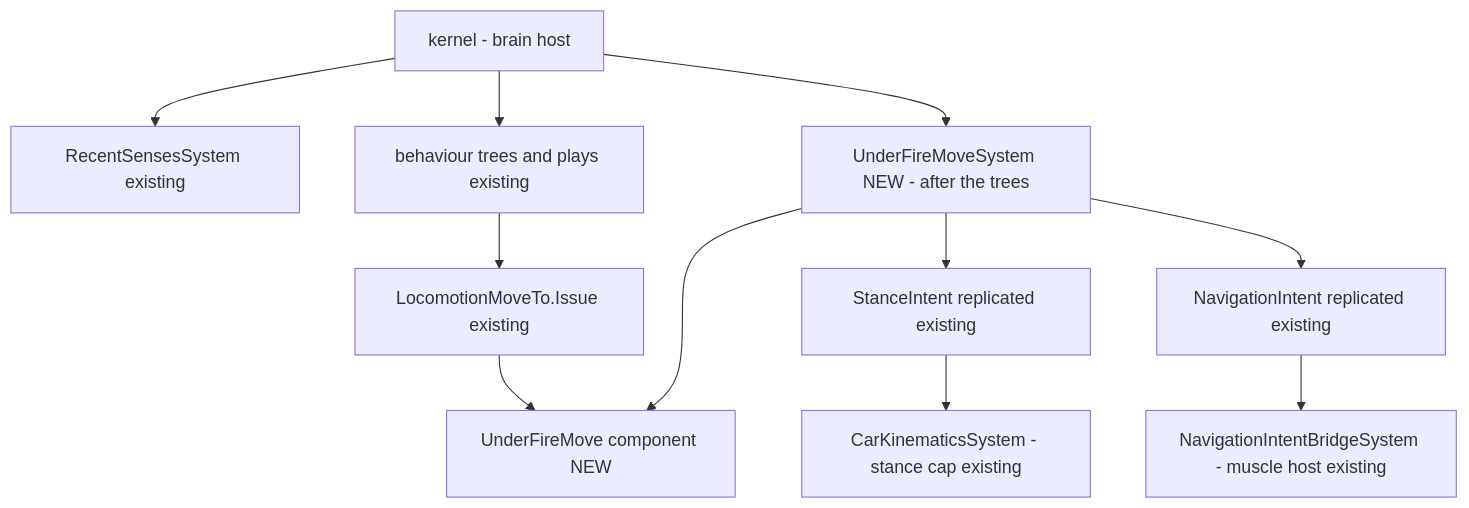
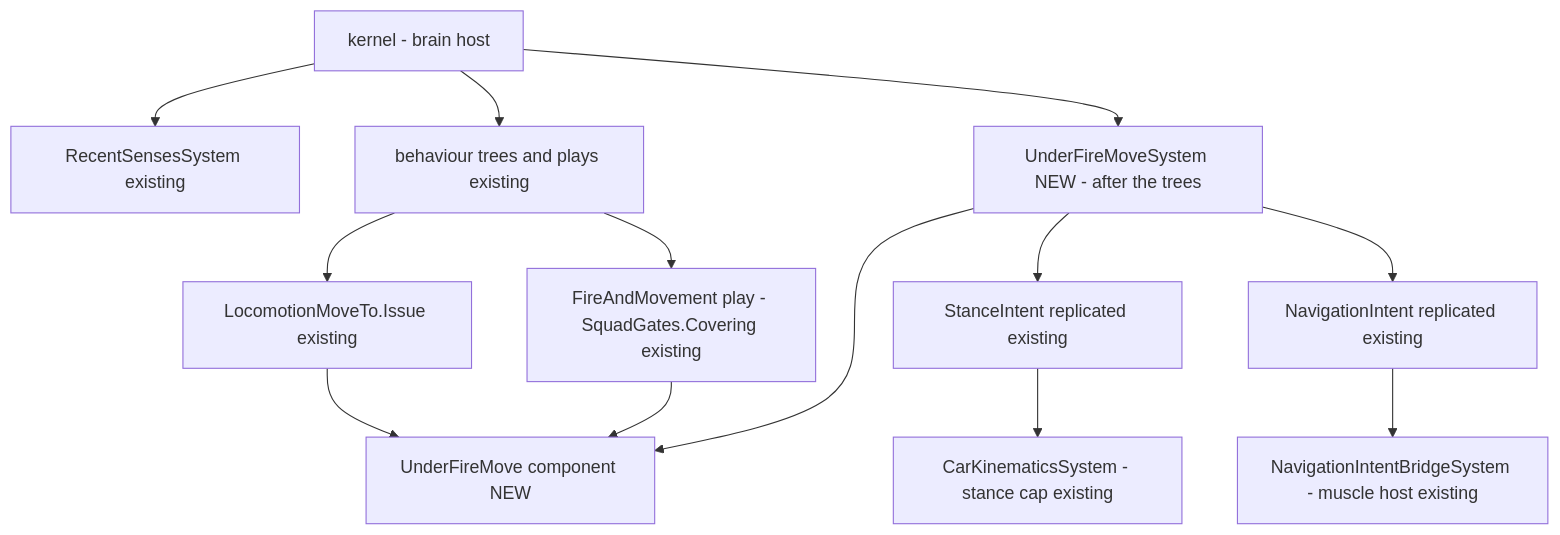
Before and after one commit to pjanec/HROT: the third of 3 diagrams in docs/blueprints/Architect_Question_96_Movement_Under_Fire.md, drawn with Mermaid. The commit also changed other lines of this file and 1 other file, not shown here.

````diff
--- a/docs/blueprints/Architect_Question_96_Movement_Under_Fire.md
+++ b/docs/blueprints/Architect_Question_96_Movement_Under_Fire.md
@@ -118,13 +132,15 @@
 ```mermaid
 graph TD
   K[kernel - brain host] --> RS[RecentSensesSystem existing]
   K --> BT[behaviour trees and plays existing]
   BT --> LMT[LocomotionMoveTo.Issue existing]
   LMT --> UFM[UnderFireMove component NEW]
   K --> UFS[UnderFireMoveSystem NEW - after the trees]
   UFS --> UFM
   UFS --> SI[StanceIntent replicated existing]
   UFS --> NI[NavigationIntent replicated existing]
+  BT --> FM[FireAndMovement play - SquadGates.Covering existing]
+  FM --> UFM
   NI --> BR[NavigationIntentBridgeSystem - muscle host existing]
   SI --> CK[CarKinematicsSystem - stance cap existing]
 ```
````
